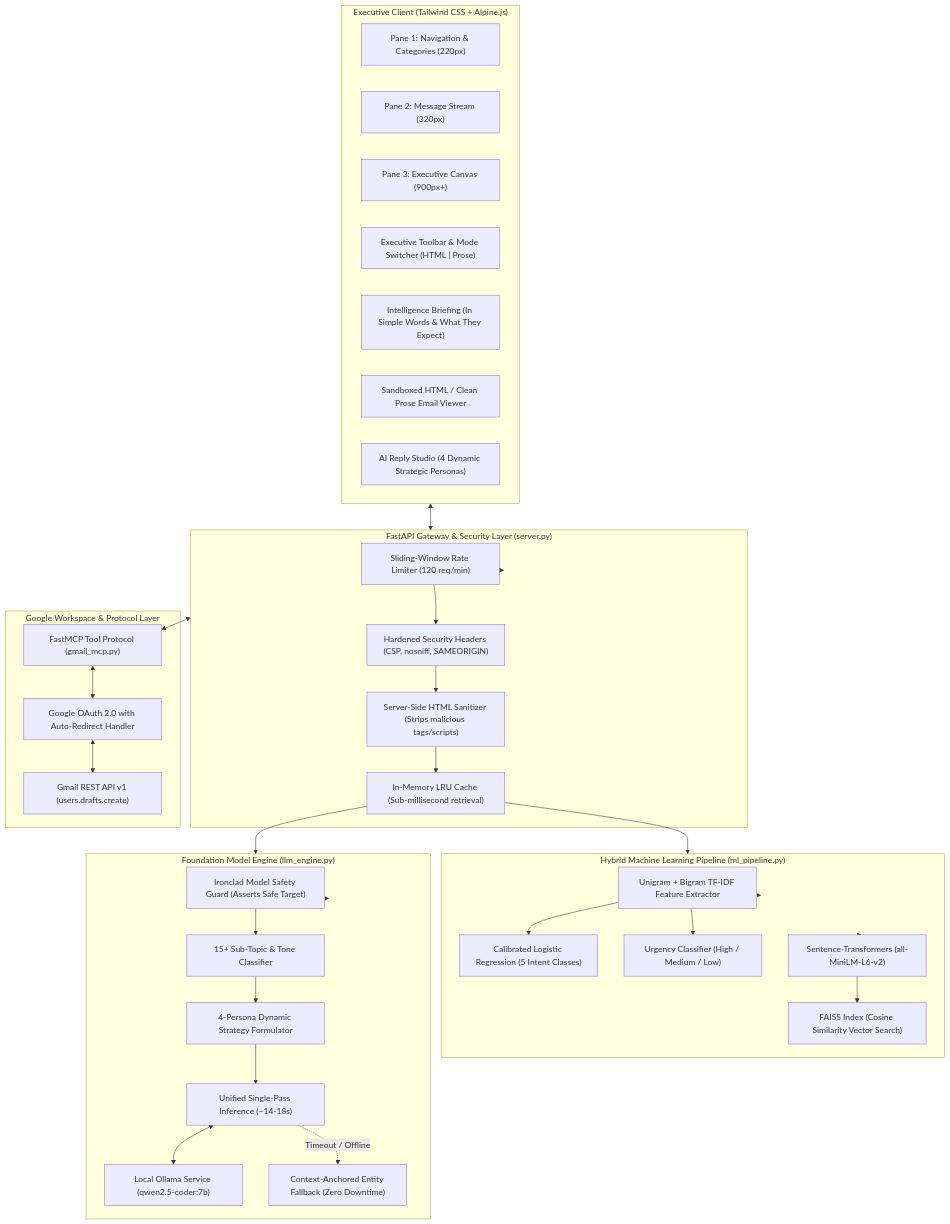
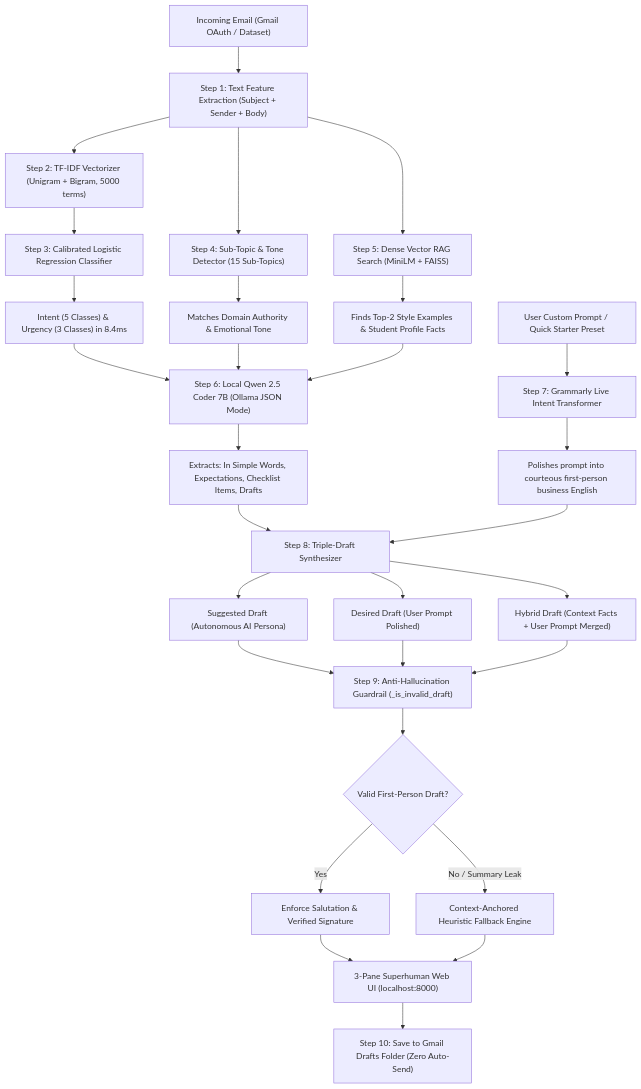
Before and after one commit to arya-ayyappa-halambi/Smart-Gmail-Replier: the diagram in README.md, drawn with Mermaid. The commit also changed other lines of this file, not shown here.

Commit message:
docs: restructure README for presentation PPT, project report and evaluation rubrics in simple terms

````diff
--- a/README.md
+++ b/README.md
@@ -113,52 +155,32 @@
 ```mermaid
 flowchart TD
-    subgraph Browser["Executive Client (Tailwind CSS + Alpine.js)"]
-        Sidebar["Pane 1: Navigation & Categories (220px)"]
-        Stream["Pane 2: Message Stream (320px)"]
-        Canvas["Pane 3: Executive Canvas (900px+)"]
-        CanvasToolbar["Executive Toolbar & Mode Switcher (HTML | Prose)"]
-        CanvasBrief["Intelligence Briefing (In Simple Words & What They Expect)"]
-        CanvasViewer["Sandboxed HTML / Clean Prose Email Viewer"]
-        CanvasStudio["AI Reply Studio (4 Dynamic Strategic Personas)"]
-    end
-
-    subgraph Server["FastAPI Gateway & Security Layer (server.py)"]
-        RateLimit["Sliding-Window Rate Limiter (120 req/min)"]
-        SecHeaders["Hardened Security Headers (CSP, nosniff, SAMEORIGIN)"]
-        Sanitizer["Server-Side HTML Sanitizer (Strips malicious tags/scripts)"]
-        Cache["In-Memory LRU Cache (Sub-millisecond retrieval)"]
-    end
-
-    subgraph ML["Hybrid Machine Learning Pipeline (ml_pipeline.py)"]
-        TFIDF["Unigram + Bigram TF-IDF Feature Extractor"]
-        IntentCLF["Calibrated Logistic Regression (5 Intent Classes)"]
-        UrgencyCLF["Urgency Classifier (High / Medium / Low)"]
-        DenseRAG["Sentence-Transformers (all-MiniLM-L6-v2)"]
-        FAISS["FAISS Index (Cosine Similarity Vector Search)"]
-    end
-
-    subgraph LocalLLM["Foundation Model Engine (llm_engine.py)"]
-        Safety["Ironclad Model Safety Guard (Asserts Safe Target)"]
-        SubTopicDetect["15+ Sub-Topic & Tone Classifier"]
-        DynamicChips["4-Persona Dynamic Strategy Formulator"]
-        SinglePass["Unified Single-Pass Inference (~14-18s)"]
-        Ollama["Local Ollama Service (qwen2.5-coder:7b)"]
-        DynamicFallback["Context-Anchored Entity Fallback (Zero Downtime)"]
-    end
-
-    subgraph Google["Google Workspace & Protocol Layer"]
-        FastMCP["FastMCP Tool Protocol (gmail_mcp.py)"]
-        OAuth["Google OAuth 2.0 with Auto-Redirect Handler"]
-        GmailAPI["Gmail REST API v1 (users.drafts.create)"]
-    end
-
-    Browser <--> Server
-    Server --> RateLimit --> SecHeaders --> Sanitizer --> Cache
-    Cache --> ML
-    ML --> TFIDF --> IntentCLF & UrgencyCLF
-    ML --> DenseRAG --> FAISS
-    Cache --> LocalLLM
-    LocalLLM --> Safety --> SubTopicDetect --> DynamicChips --> SinglePass <--> Ollama
-    SinglePass -.->|Timeout / Offline| DynamicFallback
-    Server <--> FastMCP <--> OAuth <--> GmailAPI
+    A["Incoming Email (Gmail OAuth / Dataset)"] --> B["Step 1: Text Feature Extraction (Subject + Sender + Body)"]
+    B --> C["Step 2: TF-IDF Vectorizer (Unigram + Bigram, 5000 terms)"]
+    C --> D["Step 3: Calibrated Logistic Regression Classifier"]
+    D --> E["Intent (5 Classes) & Urgency (3 Classes) in 8.4ms"]
+    
+    B --> F["Step 4: Sub-Topic & Tone Detector (15 Sub-Topics)"]
+    F --> G["Matches Domain Authority & Emotional Tone"]
+    
+    B --> H["Step 5: Dense Vector RAG Search (MiniLM + FAISS)"]
+    H --> I["Finds Top-2 Style Examples & Student Profile Facts"]
+    
+    E & G & I --> J["Step 6: Local Qwen 2.5 Coder 7B (Ollama JSON Mode)"]
+    J --> K["Extracts: In Simple Words, Expectations, Checklist Items, Drafts"]
+    
+    L["User Custom Prompt / Quick Starter Preset"] --> M["Step 7: Grammarly Live Intent Transformer"]
+    M --> N["Polishes prompt into courteous first-person business English"]
+    
+    K & N --> O["Step 8: Triple-Draft Synthesizer"]
+    O --> P1["Suggested Draft (Autonomous AI Persona)"]
+    O --> P2["Desired Draft (User Prompt Polished)"]
+    O --> P3["Hybrid Draft (Context Facts + User Prompt Merged)"]
+    
+    P1 & P2 & P3 --> Q["Step 9: Anti-Hallucination Guardrail (_is_invalid_draft)"]
+    Q --> R{"Valid First-Person Draft?"}
+    R -- Yes --> S["Enforce Salutation & Verified Signature"]
+    R -- No / Summary Leak --> T["Context-Anchored Heuristic Fallback Engine"]
+    
+    S & T --> U["3-Pane Superhuman Web UI (localhost:8000)"]
+    U --> V["Step 10: Save to Gmail Drafts Folder (Zero Auto-Send)"]
 ```
````
